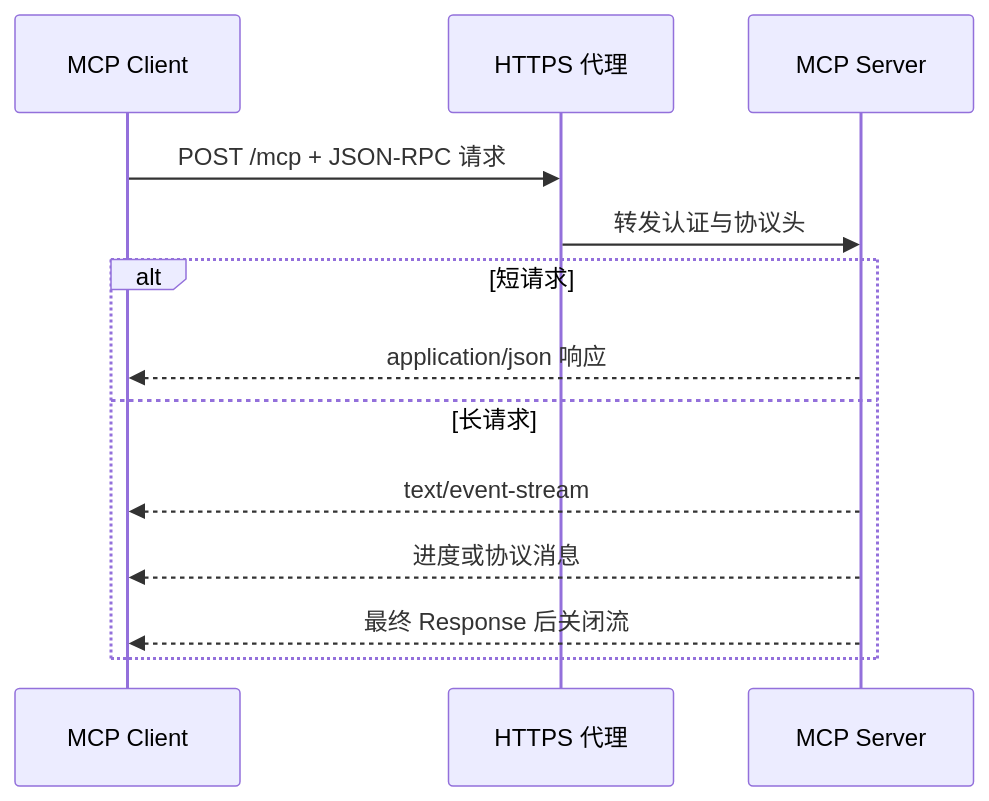
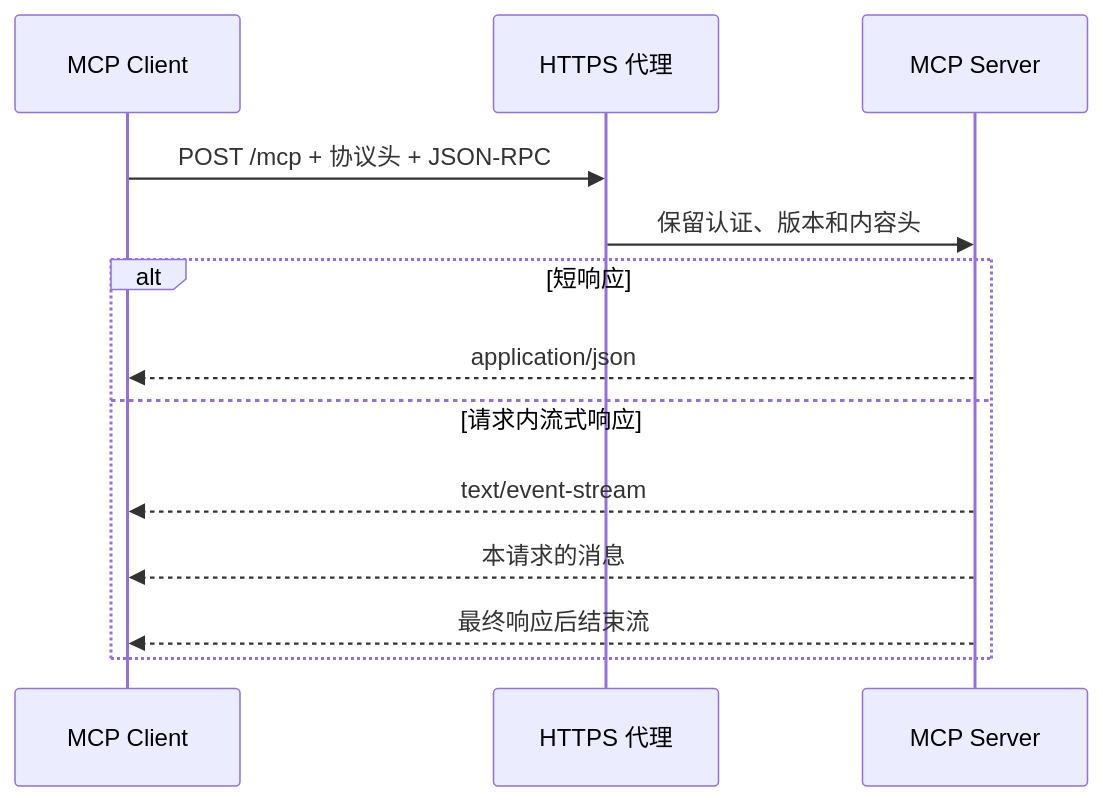
One commit to upJiang/jiang-blog-vitepress changed the second of 3 diagrams in docs/ai-agent/mcp-transports-discovery-cancellation.md. Above: the diagram before and after it, drawn with Mermaid. The commit also changed other lines of this file and 364 other files, not shown here.

````diff
--- a/docs/ai-agent/mcp-transports-discovery-cancellation.md
+++ b/docs/ai-agent/mcp-transports-discovery-cancellation.md
@@ -70,15 +105,15 @@
 ```mermaid
 sequenceDiagram
   participant C as MCP Client
   participant P as HTTPS 代理
   participant S as MCP Server
-  C->>P: POST /mcp + JSON-RPC 请求
-  P->>S: 转发认证与协议头
-  alt 短请求
-    S-->>C: application/json 响应
-  else 长请求
+  C->>P: POST /mcp + 协议头 + JSON-RPC
+  P->>S: 保留认证、版本和内容头
+  alt 短响应
+    S-->>C: application/json
+  else 请求内流式响应
     S-->>C: text/event-stream
-    S-->>C: 进度或协议消息
-    S-->>C: 最终 Response 后关闭流
+    S-->>C: 本请求的消息
+    S-->>C: 最终响应后结束流
   end
 ```
````
